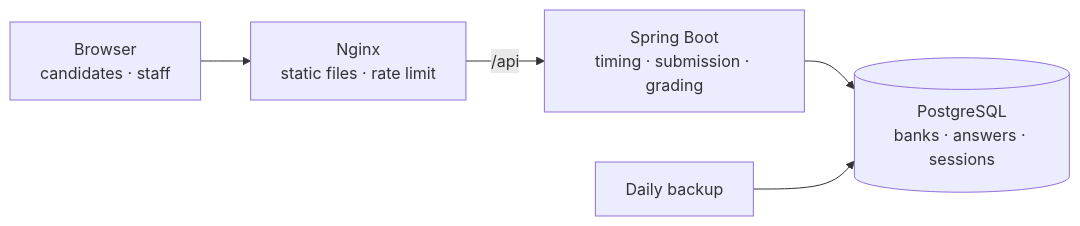
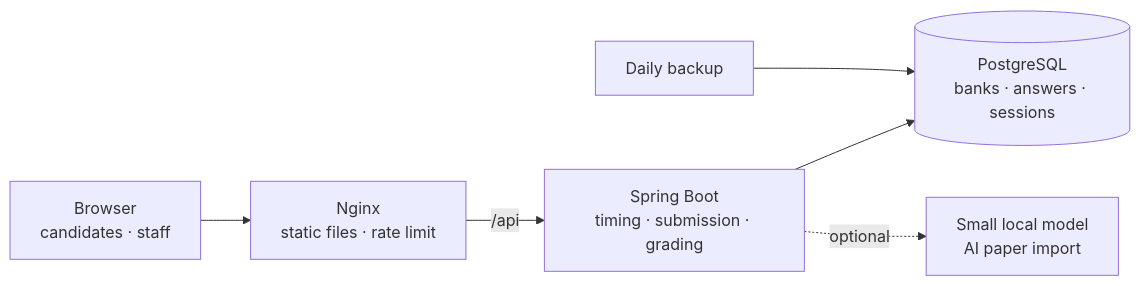
Before and after one commit to alaner652/alaner652-portfolio-2026: the diagram in src/content/projects/testa.en.mdx, drawn with Mermaid. The commit also changed other lines of this file and 5 other files, not shown here.

Commit message:
Testa case: deployed on the school VM, AI paper import and admin-page operations

````diff
--- a/src/content/projects/testa.en.mdx
+++ b/src/content/projects/testa.en.mdx
@@ -13,7 +13,8 @@
 ```mermaid
 flowchart LR
     U[Browser<br/>candidates · staff] --> N[Nginx<br/>static files · rate limit]
     N -->|/api| S[Spring Boot<br/>timing · submission · grading]
     S --> D[(PostgreSQL<br/>banks · answers · sessions)]
+    S -. optional .-> M[Small local model<br/>AI paper import]
     B[Daily backup] --> D
 ```
````
